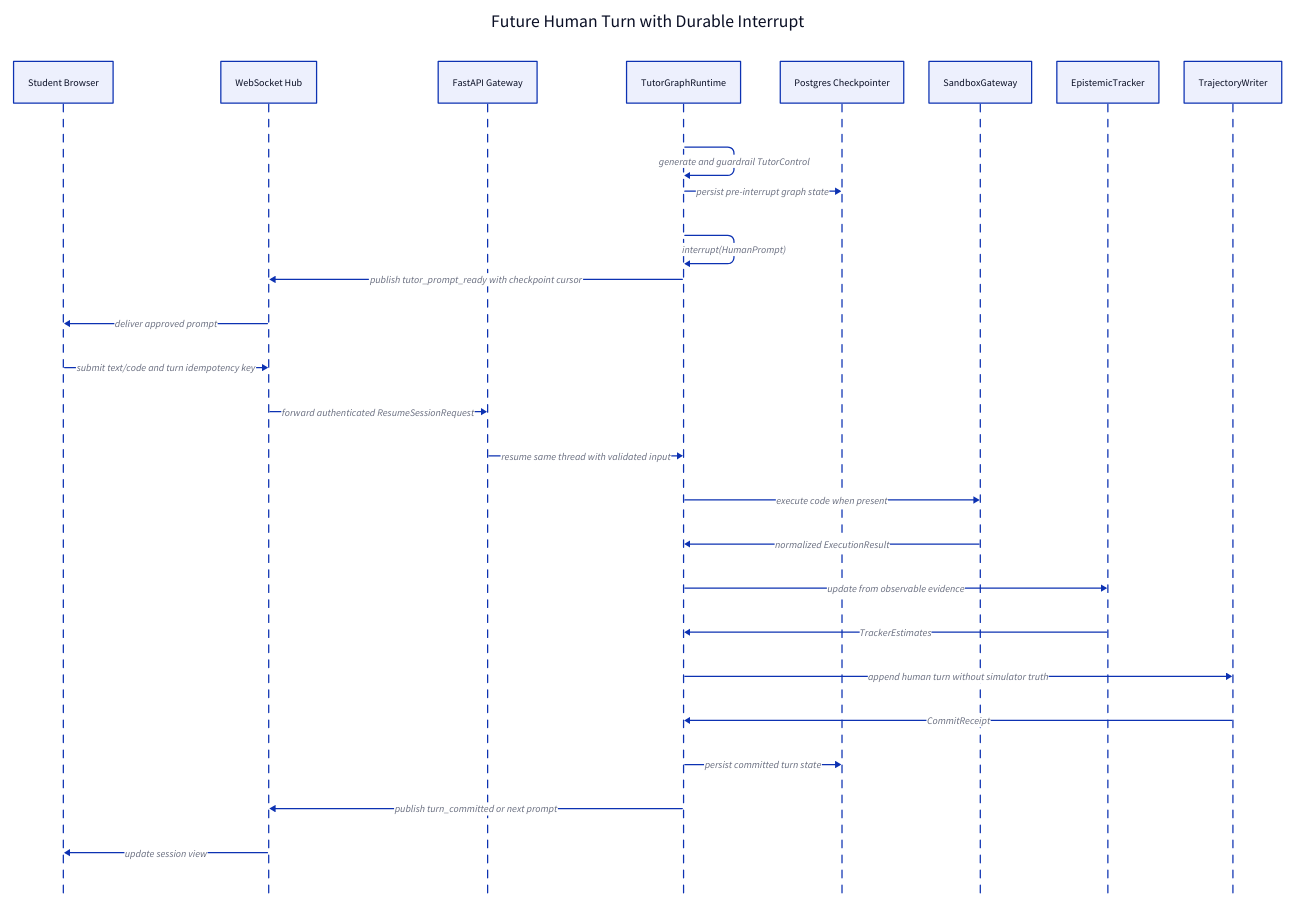
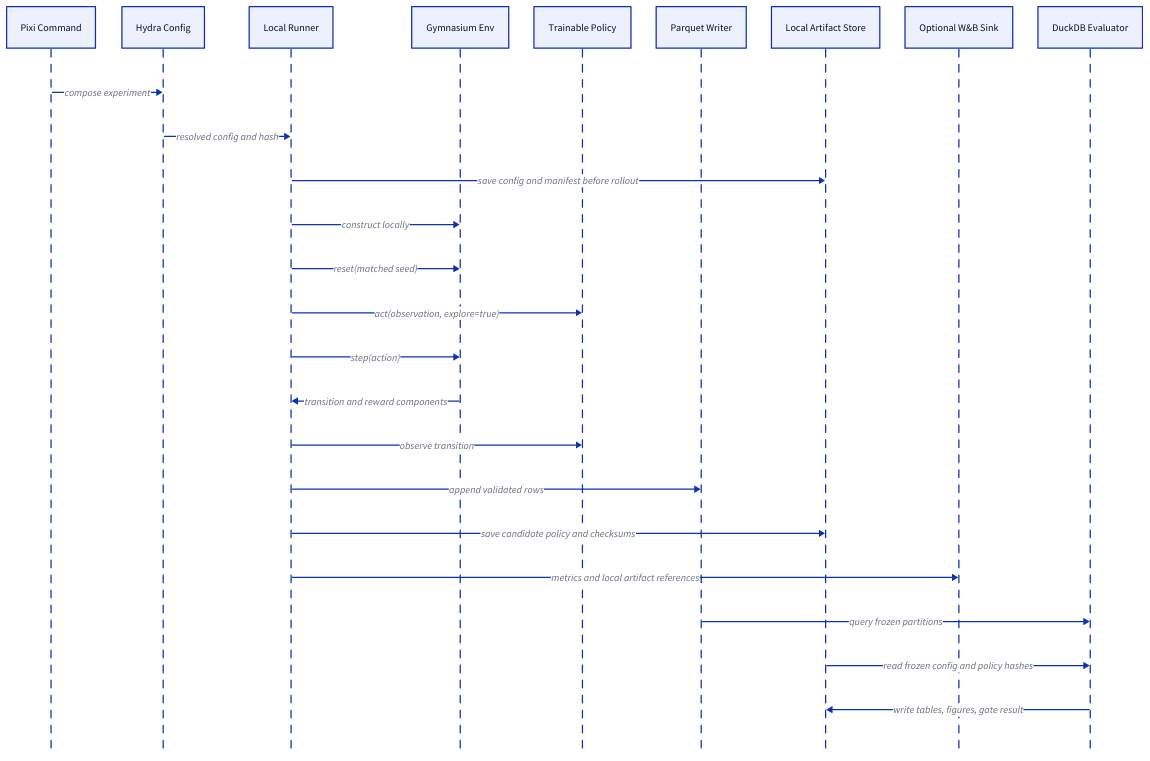
One commit to thekhananas/msc-dissertation-ak7025 changed the fifth of 5 diagrams in docs/LLD.md. Above: the diagram before and after it, drawn with D2. The commit also changed other lines of this file and 5 other files, not shown here.

````diff
--- a/docs/LLD.md
+++ b/docs/LLD.md
@@ -996,32 +916,29 @@
 ```d2
-human_turn: "Future Human Turn with Durable Interrupt" {
-  shape: sequence_diagram
+shape: sequence_diagram
 
-  student: "Student Browser"
-  websocket: "WebSocket Hub"
-  api: "FastAPI Gateway"
-  graph: "TutorGraphRuntime"
-  checkpoint: "Postgres Checkpointer"
-  sandbox: "SandboxGateway"
-  tracker: "EpistemicTracker"
-  writer: "TrajectoryWriter"
+command: "Pixi Command"
+hydra: "Hydra Config"
+runner: "Local Runner"
+env: "Gymnasium Env"
+policy: "Trainable Policy"
+parquet: "Parquet Writer"
+artifact: "Local Artifact Store"
+wandb: "Optional W&B Sink"
+evaluator: "DuckDB Evaluator"
 
-  graph -> graph: "generate and guardrail TutorControl"
-  graph -> checkpoint: "persist pre-interrupt graph state"
-  graph -> graph: "interrupt(HumanPrompt)"
-  graph -> websocket: "publish tutor_prompt_ready with checkpoint cursor"
-  websocket -> student: "deliver approved prompt"
-  student -> websocket: "submit text/code and turn idempotency key"
-  websocket -> api: "forward authenticated ResumeSessionRequest"
-  api -> graph: "resume same thread with validated input"
-  graph -> sandbox: "execute code when present"
-  sandbox -> graph: "normalized ExecutionResult"
-  graph -> tracker: "update from observable evidence"
-  tracker -> graph: "TrackerEstimates"
-  graph -> writer: "append human turn without simulator truth"
-  writer -> graph: "CommitReceipt"
-  graph -> checkpoint: "persist committed turn state"
-  graph -> websocket: "publish turn_committed or next prompt"
-  websocket -> student: "update session view"
-}
+command -> hydra: "compose experiment"
+hydra -> runner: "resolved config and hash"
+runner -> artifact: "save config and manifest before rollout"
+runner -> env: "construct locally"
+runner -> env: "reset(matched seed)"
+runner -> policy: "act(observation, explore=true)"
+runner -> env: "step(action)"
+env -> runner: "transition and reward components"
+runner -> policy: "observe transition"
+runner -> parquet: "append validated rows"
+runner -> artifact: "save candidate policy and checksums"
+runner -> wandb: "metrics and local artifact references"
+parquet -> evaluator: "query frozen partitions"
+artifact -> evaluator: "read frozen config and policy hashes"
+evaluator -> artifact: "write tables, figures, gate result"
 ```
````
